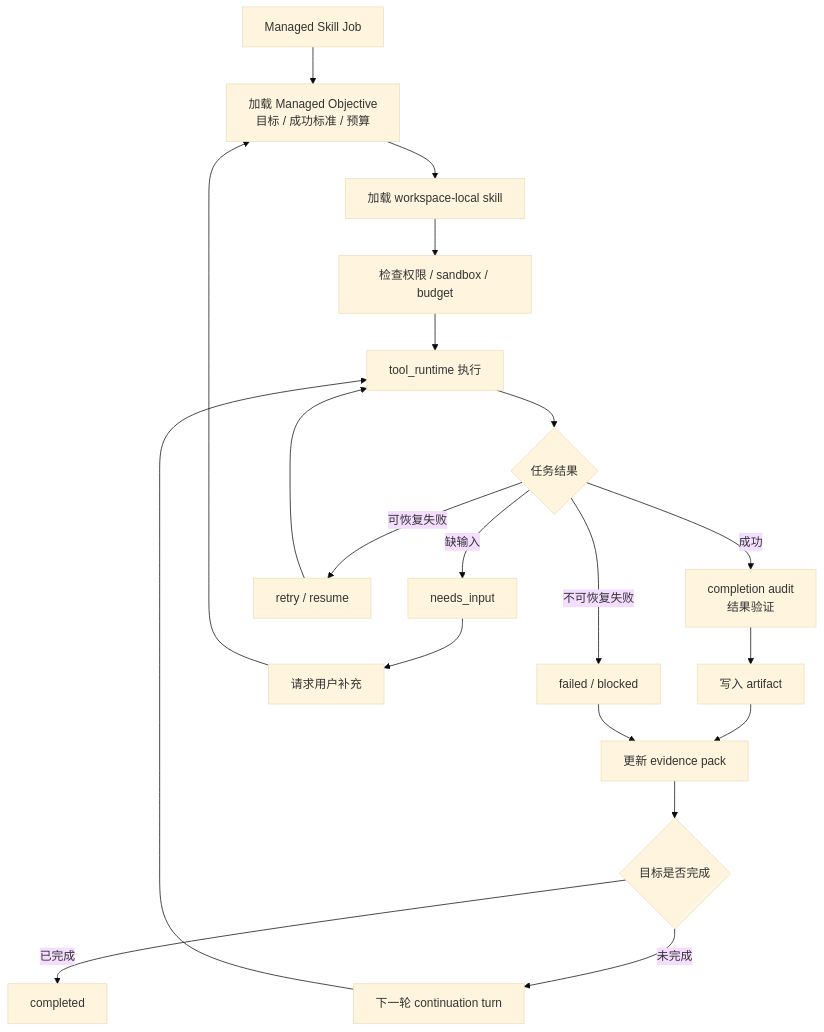
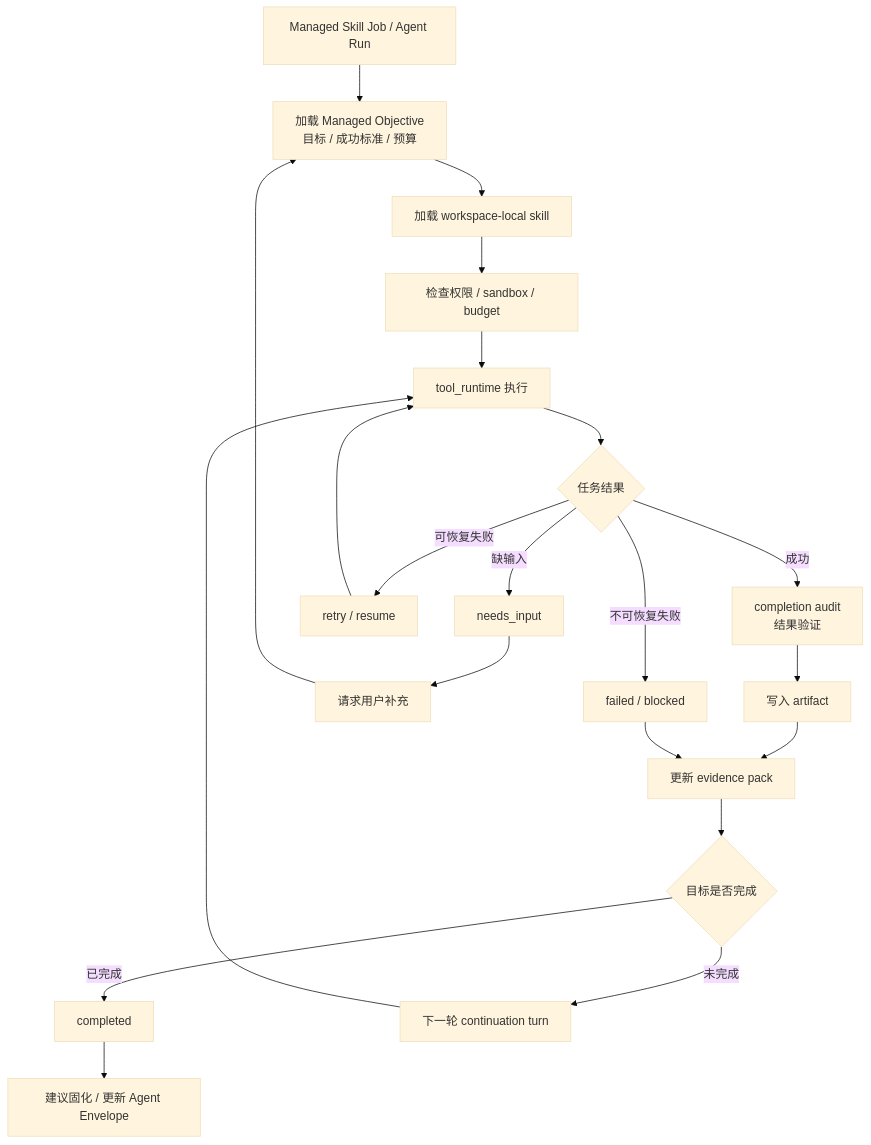
One commit to limecloud/lime changed the seventh of 11 diagrams in docs/roadmap/creaoai/diagrams.md. Above: the diagram before and after it, drawn with Mermaid (base theme). The commit also changed other lines of this file and 191 other files, not shown here.

````diff
--- a/docs/roadmap/creaoai/diagrams.md
+++ b/docs/roadmap/creaoai/diagrams.md
@@ -190,26 +193,27 @@
 ```mermaid
 flowchart TD
-    Start[Managed Skill Job] --> Objective[加载 Managed Objective<br/>目标 / 成功标准 / 预算]
+    Start[Managed Skill Job / Agent Run] --> Objective[加载 Managed Objective<br/>目标 / 成功标准 / 预算]
     Objective --> Load[加载 workspace-local skill]
     Load --> Policy[检查权限 / sandbox / budget]
     Policy --> Execute[tool_runtime 执行]
     Execute --> Result{任务结果}
 
     Result -- 成功 --> Verify[completion audit<br/>结果验证]
     Verify --> Artifact[写入 artifact]
     Artifact --> Evidence[更新 evidence pack]
     Evidence --> Audit{目标是否完成}
     Audit -- 已完成 --> Done[completed]
+    Done --> AgentEnvelope[建议固化 / 更新 Agent Envelope]
     Audit -- 未完成 --> Continue[下一轮 continuation turn]
     Continue --> Execute
 
     Result -- 缺输入 --> NeedsInput[needs_input]
     NeedsInput --> User[请求用户补充]
     User --> Objective
 
     Result -- 可恢复失败 --> Retry[retry / resume]
     Retry --> Execute
 
     Result -- 不可恢复失败 --> Failed[failed / blocked]
     Failed --> Evidence
 ```
````
